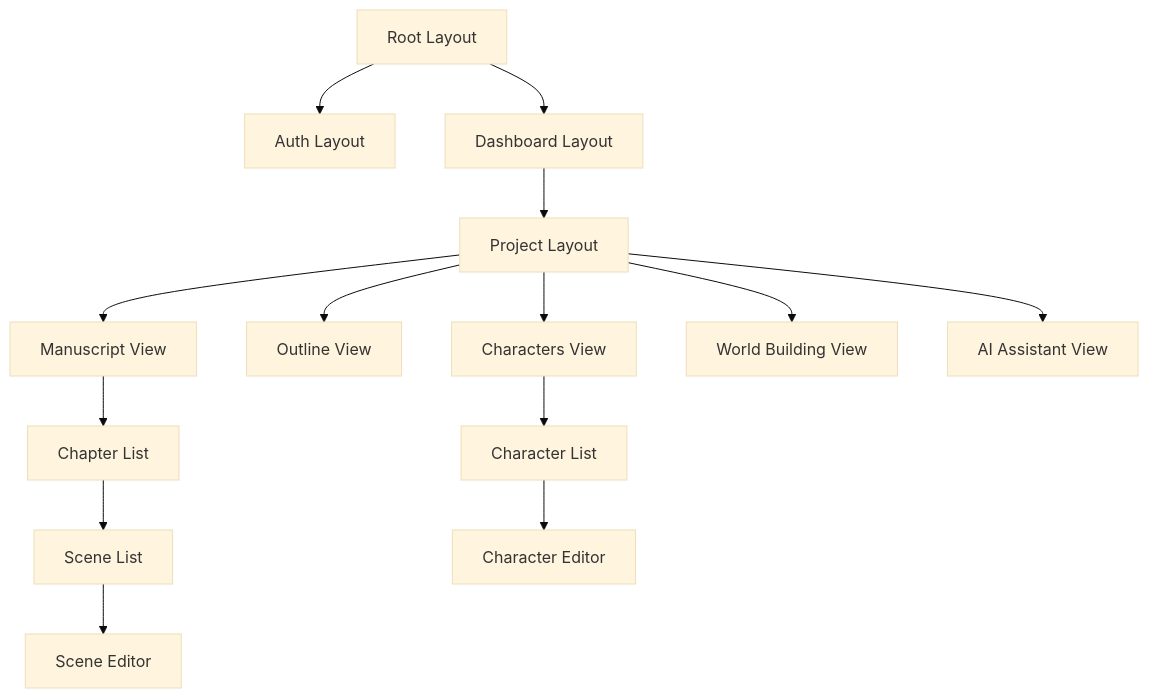
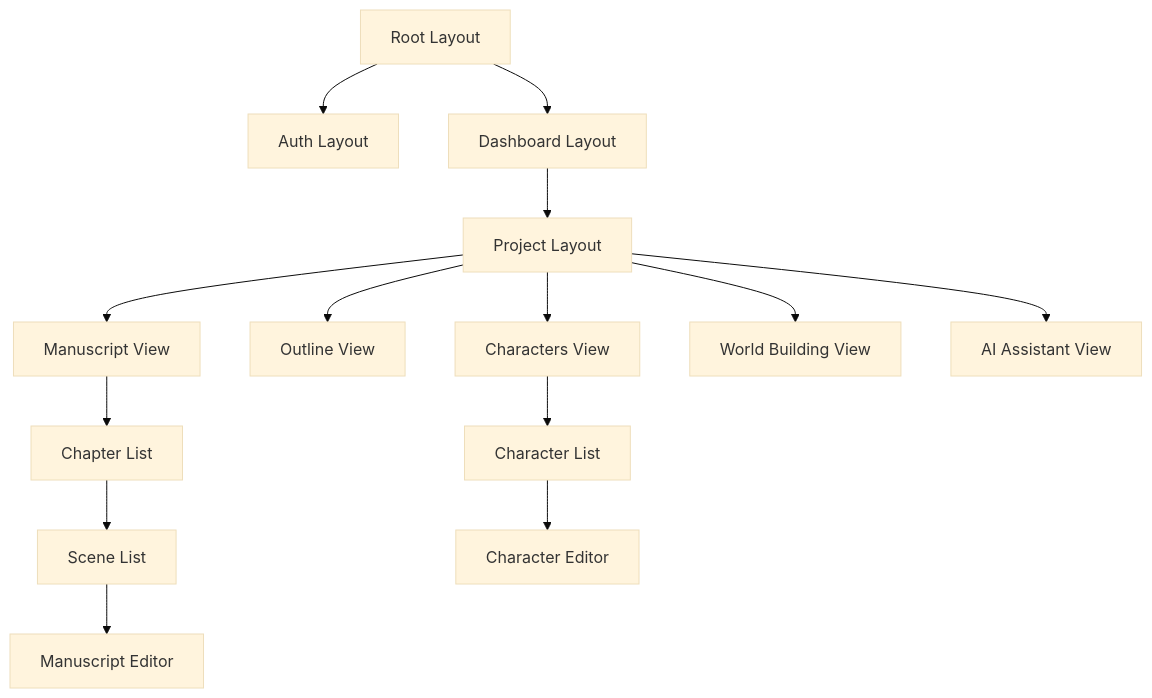
Before and after one commit to loneyeti/snowscribe: the first of 2 diagrams in memory-bank/systemPatterns.md, drawn with Mermaid (base theme). The commit also changed other lines of this file and 89 other files, not shown here.

````diff
--- a/memory-bank/systemPatterns.md
+++ b/memory-bank/systemPatterns.md
@@ -66,18 +73,18 @@
 ```mermaid
 graph TD
     Layout[Root Layout] --> AuthLayout[Auth Layout]
     Layout --> DashboardLayout[Dashboard Layout]
     DashboardLayout --> ProjectLayout[Project Layout]
     ProjectLayout --> ManuscriptView[Manuscript View]
     ProjectLayout --> OutlineView[Outline View]
     ProjectLayout --> CharactersView[Characters View]
     ProjectLayout --> WorldBuildingView[World Building View]
     ProjectLayout --> AIAssistantView[AI Assistant View]
 
     ManuscriptView --> ChapterList[Chapter List]
     ChapterList --> SceneList[Scene List]
-    SceneList --> SceneEditor[Scene Editor]
+    SceneList --> ManuscriptEditor[Manuscript Editor]
 
     CharactersView --> CharacterList[Character List]
     CharacterList --> CharacterEditor[Character Editor]
 ```
````
